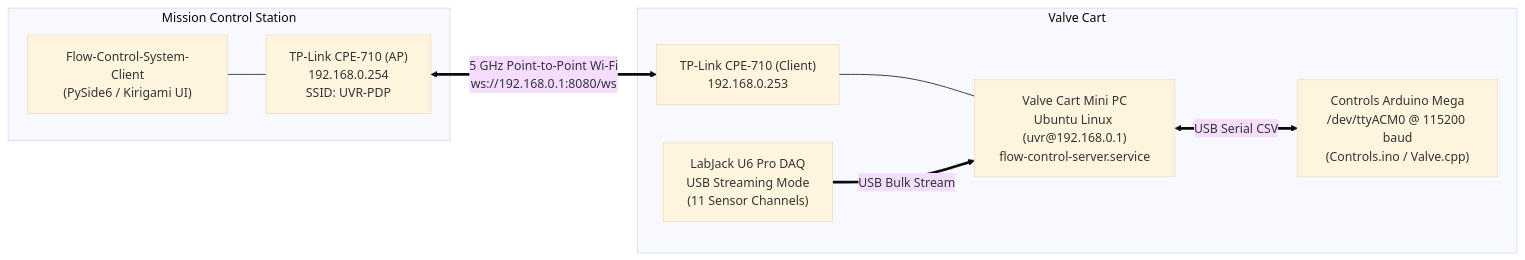
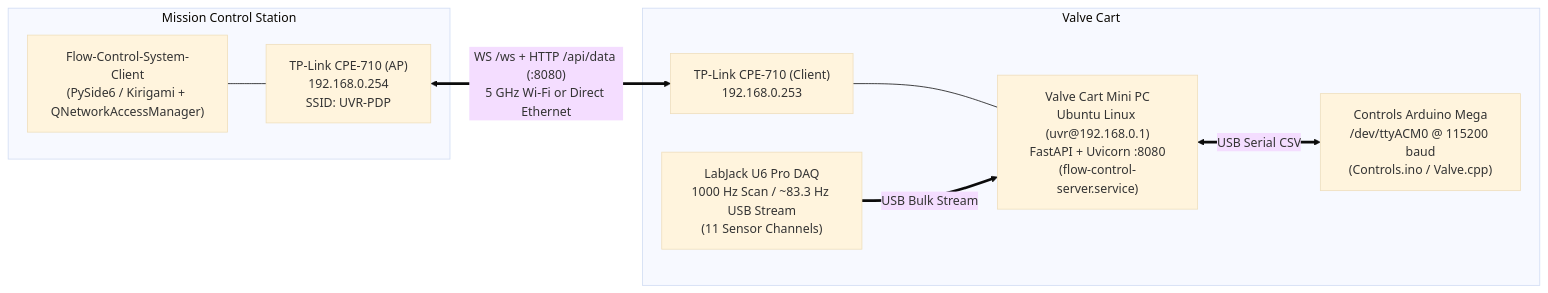
Before and after one commit to UVicRocketry/Flow-Control-System-Server: the diagram in Docs/README.md, drawn with Mermaid (base theme). The commit also changed other lines of this file and 4 other files, not shown here.

````diff
--- a/Docs/README.md
+++ b/Docs/README.md
@@ -29,21 +30,21 @@
 ```mermaid
 flowchart LR
     subgraph MCC["Mission Control Station"]
-        CLIENT["Flow-Control-System-Client\n(PySide6 / Kirigami UI)"]
-        AP["TP-Link CPE-710 (AP)\n192.168.0.254\nSSID: UVR-PDP"]
+        CLIENT["Flow-Control-System-Client<br/>(PySide6 / Kirigami + QNetworkAccessManager)"]
+        AP["TP-Link CPE-710 (AP)<br/>192.168.0.254<br/>SSID: UVR-PDP"]
         CLIENT --- AP
     end
 
     subgraph VC["Valve Cart"]
-        CPE_C["TP-Link CPE-710 (Client)\n192.168.0.253"]
-        MINIPC["Valve Cart Mini PC\nUbuntu Linux (uvr@192.168.0.1)\nflow-control-server.service"]
-        ARDUINO["Controls Arduino Mega\n/dev/ttyACM0 @ 115200 baud\n(Controls.ino / Valve.cpp)"]
-        LABJACK["LabJack U6 Pro DAQ\nUSB Streaming Mode\n(11 Sensor Channels)"]
+        CPE_C["TP-Link CPE-710 (Client)<br/>192.168.0.253"]
+        MINIPC["Valve Cart Mini PC<br/>Ubuntu Linux (uvr@192.168.0.1)<br/>FastAPI + Uvicorn :8080<br/>(flow-control-server.service)"]
+        ARDUINO["Controls Arduino Mega<br/>/dev/ttyACM0 @ 115200 baud<br/>(Controls.ino / Valve.cpp)"]
+        LABJACK["LabJack U6 Pro DAQ<br/>1000 Hz Scan / ~83.3 Hz USB Stream<br/>(11 Sensor Channels)"]
 
         CPE_C --- MINIPC
         MINIPC <== "USB Serial CSV" ==> ARDUINO
         LABJACK == "USB Bulk Stream" ==> MINIPC
     end
 
-    AP <== "5 GHz Point-to-Point Wi-Fi\nws://192.168.0.1:8080/ws" ==> CPE_C
+    AP <== "WS /ws + HTTP /api/data (:8080)<br/>5 GHz Wi-Fi or Direct Ethernet" ==> CPE_C
 ```
````
